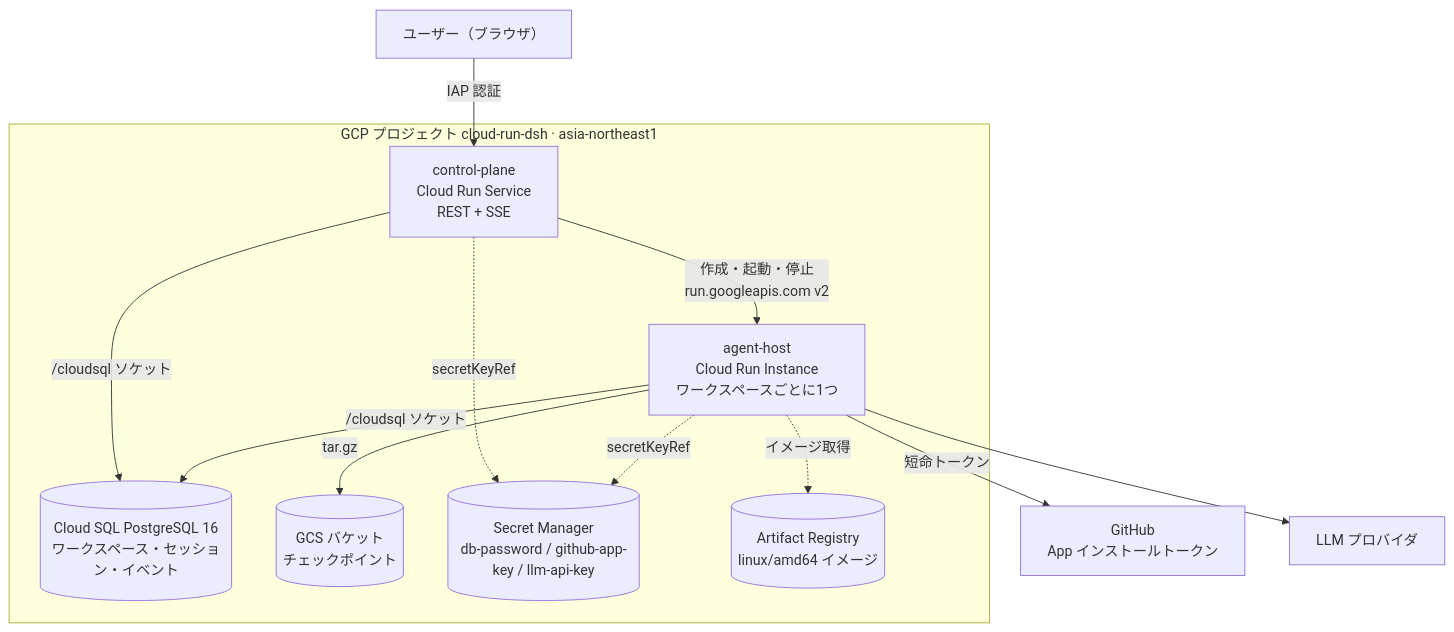
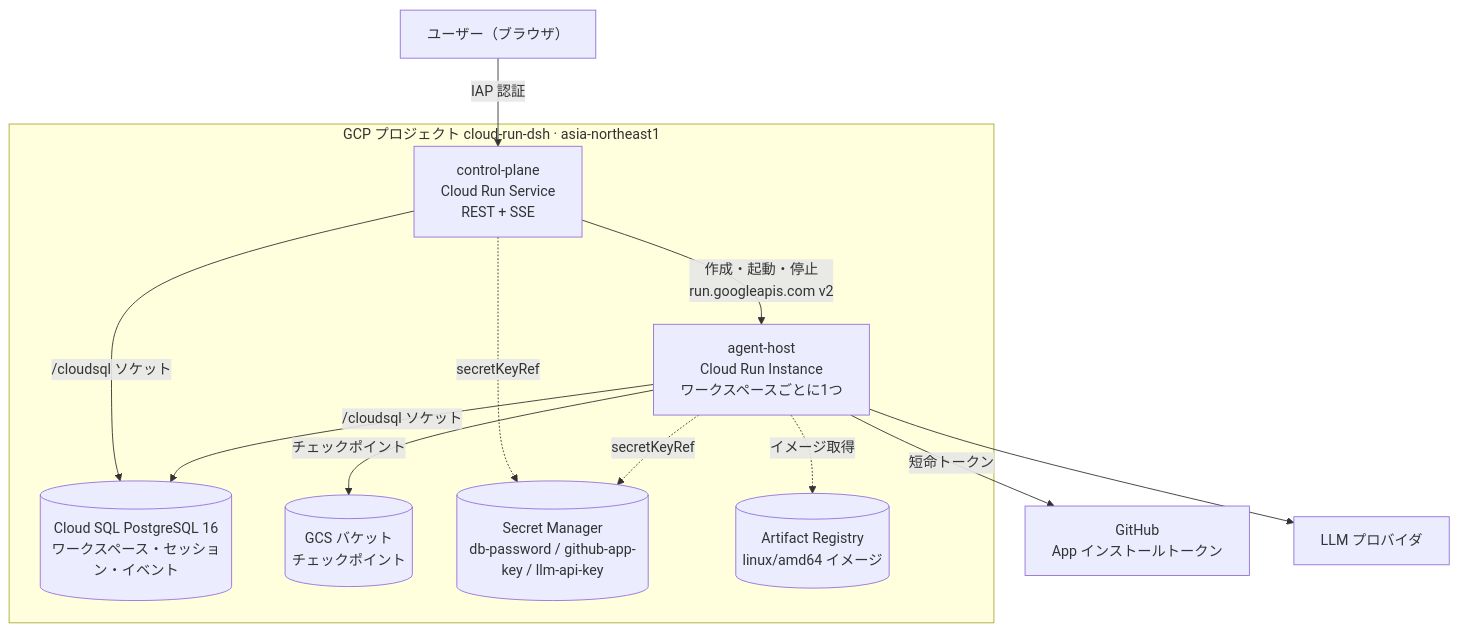
Before and after one commit to mpppk/cloud-run-dsh: the first of 2 diagrams in docs/architecture.md, drawn with Mermaid. The commit also changed other lines of this file and 2 other files, not shown here.

````diff
--- a/docs/architecture.md
+++ b/docs/architecture.md
@@ -34,26 +34,26 @@
 ```mermaid
 flowchart TB
   U["ユーザー（ブラウザ）"] -->|IAP 認証| CP
 
   subgraph GCP["GCP プロジェクト cloud-run-dsh · asia-northeast1"]
     CP["control-plane<br/>Cloud Run Service<br/>REST + SSE"]
     AH["agent-host<br/>Cloud Run Instance<br/>ワークスペースごとに1つ"]
     SQL[("Cloud SQL PostgreSQL 16<br/>ワークスペース・セッション・イベント")]
     GCS[("GCS バケット<br/>チェックポイント")]
     SM[("Secret Manager<br/>db-password / github-app-key / llm-api-key")]
     AR[("Artifact Registry<br/>linux/amd64 イメージ")]
   end
 
   GH["GitHub<br/>App インストールトークン"]
   LLM["LLM プロバイダ"]
 
   CP -->|"作成・起動・停止<br/>run.googleapis.com v2"| AH
   CP -->|"/cloudsql ソケット"| SQL
   AH -->|"/cloudsql ソケット"| SQL
-  AH -->|"tar.gz"| GCS
+  AH -->|"チェックポイント"| GCS
   AH -->|"短命トークン"| GH
   AH --> LLM
   AH -.->|"イメージ取得"| AR
   CP -.->|secretKeyRef| SM
   AH -.->|secretKeyRef| SM
 ```
````
